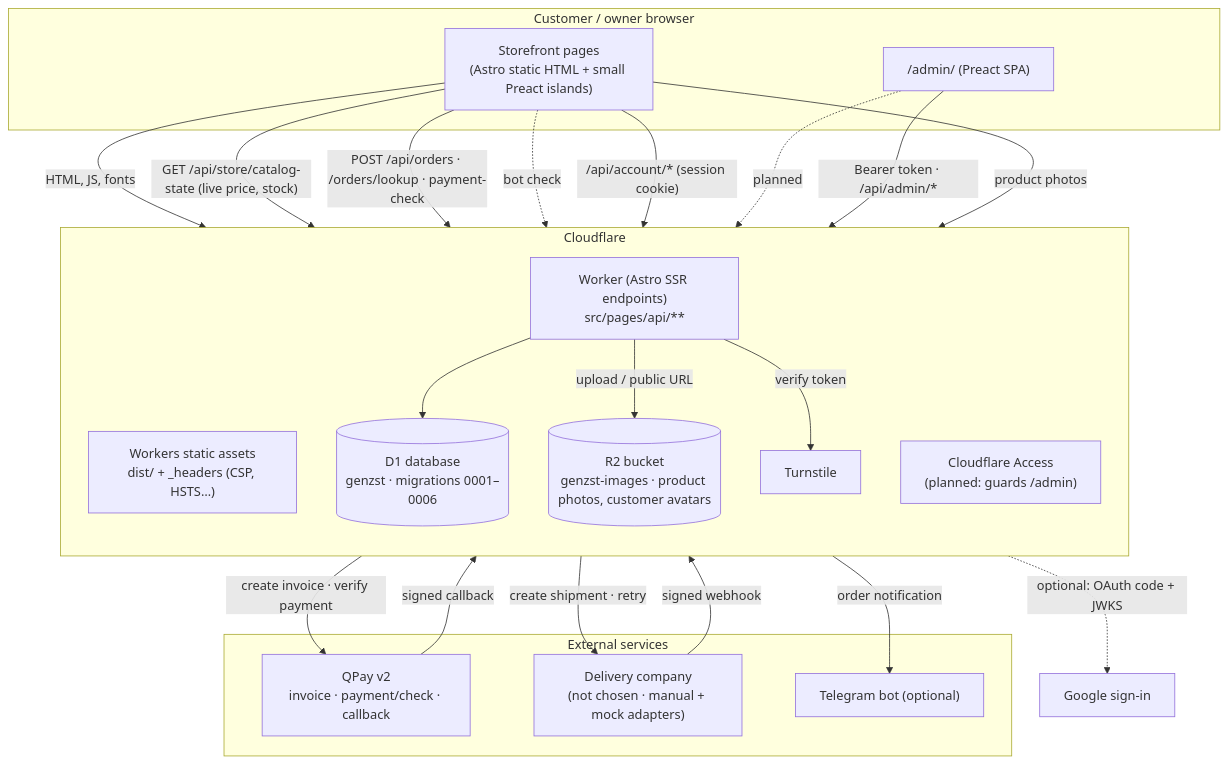
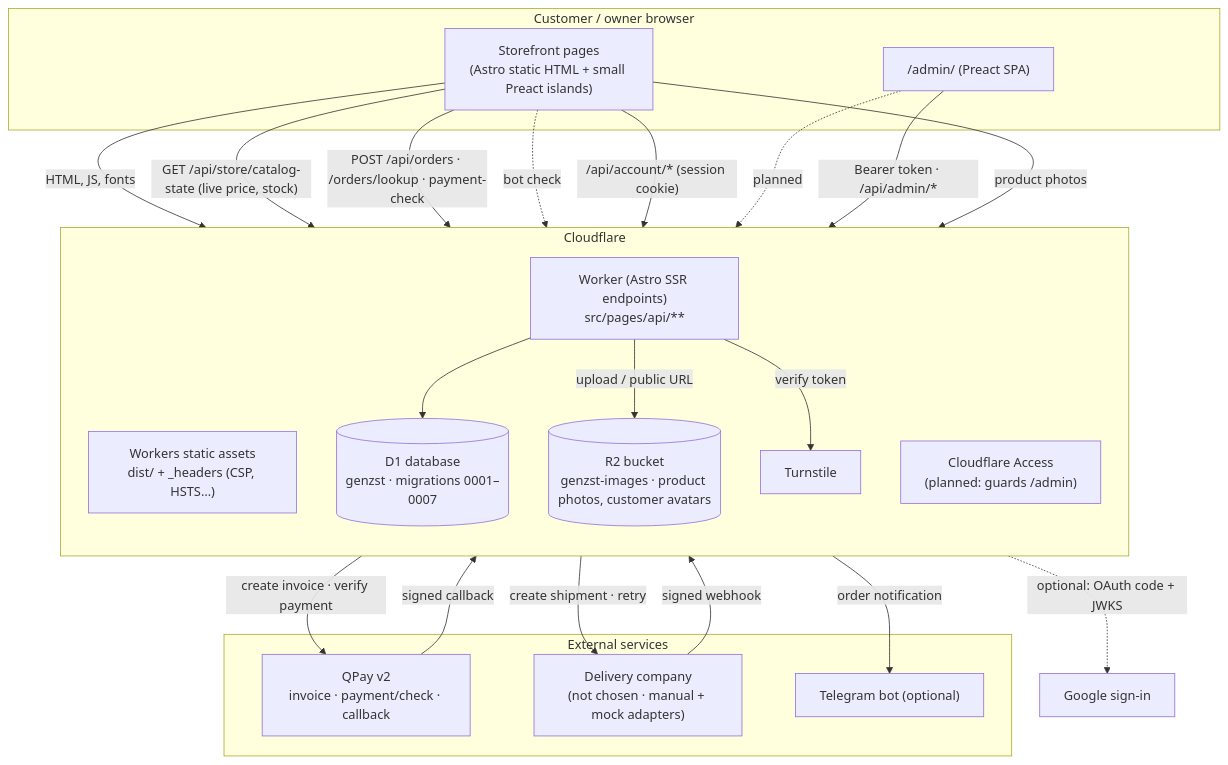
One commit to shugden-tech/online-shopping changed the first of 2 diagrams in docs/ARCHITECTURE.md. Above: the diagram before and after it, drawn with Mermaid. The commit also changed other lines of this file and 8 other files, not shown here.

````diff
--- a/docs/ARCHITECTURE.md
+++ b/docs/ARCHITECTURE.md
@@ -8,41 +8,41 @@
 ```mermaid
 flowchart TB
   subgraph Browser["Customer / owner browser"]
     SF["Storefront pages<br/>(Astro static HTML + small Preact islands)"]
     AD["/admin/ (Preact SPA)"]
   end
 
   subgraph CF["Cloudflare"]
     direction TB
     ASSETS["Workers static assets<br/>dist/ + _headers (CSP, HSTS…)"]
     W["Worker (Astro SSR endpoints)<br/>src/pages/api/**"]
-    D1[("D1 database<br/>genzst · migrations 0001–0006")]
+    D1[("D1 database<br/>genzst · migrations 0001–0007")]
     R2[("R2 bucket<br/>genzst-images · product photos, customer avatars")]
     TS["Turnstile"]
     ACC["Cloudflare Access<br/>(planned: guards /admin)"]
   end
 
   subgraph Ext["External services"]
     QP["QPay v2<br/>invoice · payment/check · callback"]
     DL["Delivery company<br/>(not chosen · manual + mock adapters)"]
     TG["Telegram bot (optional)"]
   end
 
   SF -->|HTML, JS, fonts| ASSETS
   SF -->|"GET /api/store/catalog-state (live price, stock)"| W
   SF -->|"POST /api/orders · /orders/lookup · payment-check"| W
   SF -.->|bot check| TS
   SF -->|"/api/account/* (session cookie)"| W
   W -.->|"optional: OAuth code + JWKS"| GG["Google sign-in"]
   AD -.->|planned| ACC
   AD -->|"Bearer token · /api/admin/*"| W
   W --> D1
   W -->|upload / public URL| R2
   SF -->|product photos| R2
   W -->|"create invoice · verify payment"| QP
   QP -->|"signed callback"| W
   W -->|"create shipment · retry"| DL
   DL -->|"signed webhook"| W
   W -->|order notification| TG
   W -->|verify token| TS
 ```
````
